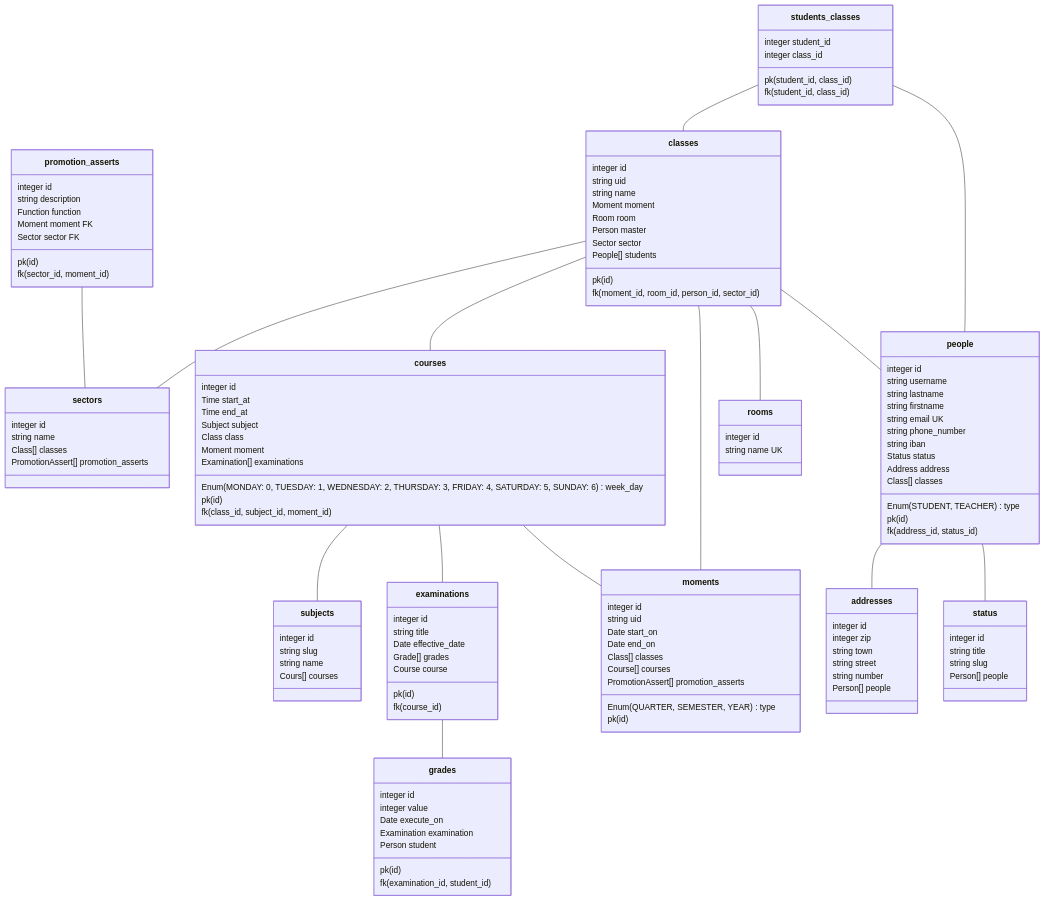
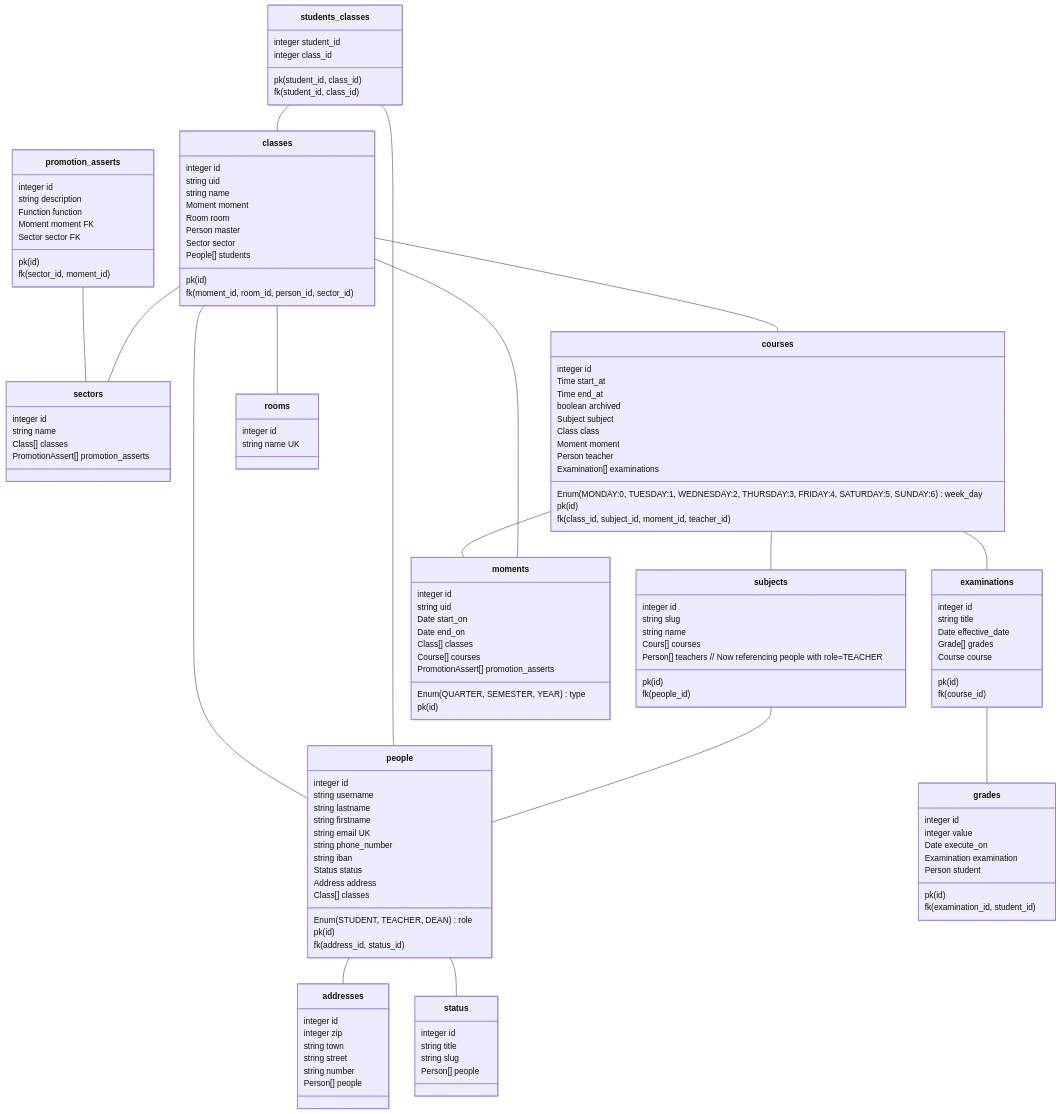
Before and after one commit to Witex15/gestion_es: the diagram in MLD.md, drawn with Mermaid. The commit also changed other lines of this file and 19 other files, not shown here.

```diff
--- a/MLD.md
+++ b/MLD.md
@@ -16,19 +16,22 @@
     students_classes -- people
     examinations -- grades
     classes -- courses
+    subjects -- people
+
     class addresses {
         integer id
         integer zip
         string town
         string street
         string number
-
         Person[] people
     }
+
     class rooms {
         integer id
         string name UK
     }
+
     class classes {
         integer id
         string uid
@@ -41,6 +44,7 @@
         pk(id)
         fk(moment_id, room_id, person_id, sector_id)
     }
+
     class people {
         integer id
         string username
@@ -49,91 +53,96 @@
         string email UK
         string phone_number
         string iban
-
         Status status
         Address address
         Class[] classes
-        Enum(STUDENT, TEACHER) type
+        Enum(STUDENT, TEACHER, DEAN) role
         pk(id)
         fk(address_id, status_id)
     }
+
     class status {
         integer id
         string title
         string slug
-
         Person[] people
     }
+
     class students_classes {
         integer student_id
         integer class_id
-
         pk(student_id, class_id)
         fk(student_id, class_id)
     }
+
     class sectors {
         integer id
         string name
         Class[] classes
         PromotionAssert[] promotion_asserts
     }
+
     class moments {
         integer id
         string uid
         Date start_on
         Date end_on
-
         Class[] classes
         Course[] courses
         PromotionAssert[] promotion_asserts
         Enum(QUARTER, SEMESTER, YEAR) type
         pk(id)
     }
+
     class subjects {
         integer id
         string slug
         string name
+        Cours[] courses
+        Person[] teachers // Now referencing people with role=TEACHER
+        pk(id)
+        fk(people_id)
+    }
 
-        Cours[] courses
-    }
     class courses {
         integer id
         Time start_at
         Time end_at
-
+        boolean archived
         Subject subject
         Class class
         Moment moment
+        Person teacher
         Examination[] examinations
-        Enum(MONDAY: 0, TUESDAY: 1, WEDNESDAY: 2, THURSDAY: 3, FRIDAY: 4, SATURDAY: 5, SUNDAY: 6) week_day
+        Enum(MONDAY:0, TUESDAY:1, WEDNESDAY:2, THURSDAY:3, FRIDAY:4, SATURDAY:5, SUNDAY:6) week_day
         pk(id)
-        fk(class_id, subject_id, moment_id)
+        fk(class_id, subject_id, moment_id, teacher_id)
     }
+
     class examinations {
         integer id
         string title
         Date effective_date
-
         Grade[] grades
         Course course
         pk(id)
         fk(course_id)
     }
+
     class grades {
         integer id
         integer value
         Date execute_on
-
         Examination examination
         Person student
         pk(id)
         fk(examination_id, student_id)
     }
+
     class promotion_asserts {
         integer id
         string description
         Function function
-
         Moment moment FK
         Sector sector FK
         pk(id)
```
